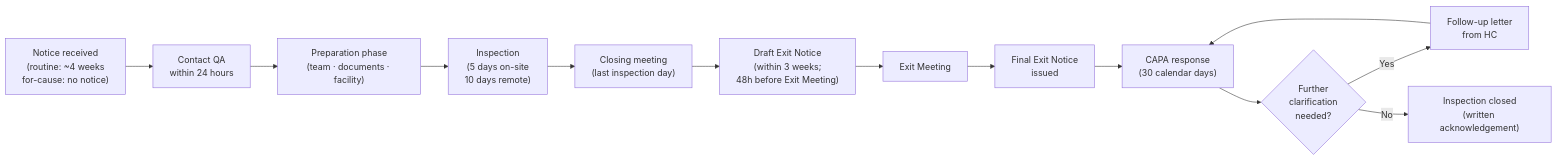
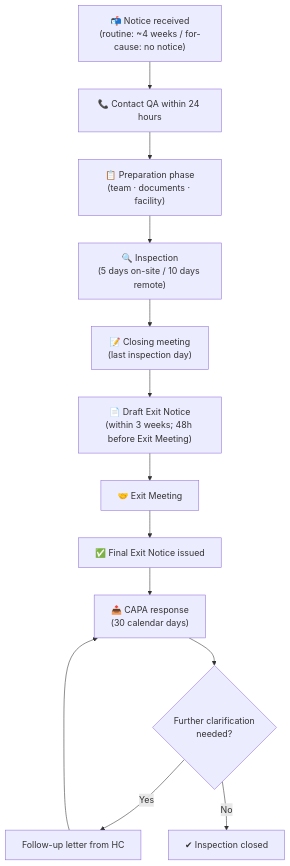
Before and after one commit to matthewfiorentino/docs: the diagram in kb/conduct/hc-inspection-guide.mdx, drawn with Mermaid. The commit also changed 1 other file, not shown here.

Commit message:
Fix Mermaid diagram (LR→TD) and tighten TOC spacing
- Mermaid switched to flowchart TD so it fits page width at any size
- TOC li margins zeroed out; spacing now controlled via line-height
  and small padding on a elements to avoid adding space vs removing it

````diff
--- a/kb/conduct/hc-inspection-guide.mdx
+++ b/kb/conduct/hc-inspection-guide.mdx
@@ -10,15 +10,16 @@
 ```mermaid
-flowchart LR
-    A["Notice received\n(routine: ~4 weeks\nfor-cause: no notice)"] --> B["Contact QA\nwithin 24 hours"]
-    B --> C["Preparation phase\n(team · documents · facility)"]
-    C --> D["Inspection\n(5 days on-site\n10 days remote)"]
-    D --> E["Closing meeting\n(last inspection day)"]
-    E --> F["Draft Exit Notice\n(within 3 weeks;\n48h before Exit Meeting)"]
-    F --> G["Exit Meeting"]
-    G --> H["Final Exit Notice\nissued"]
-    H --> I["CAPA response\n(30 calendar days)"]
-    I --> J{"Further\nclarification\nneeded?"}
-    J -- Yes --> K["Follow-up letter\nfrom HC"]
+flowchart TD
+    A["📬 Notice received\n(routine: ~4 weeks / for-cause: no notice)"]
+    --> B["📞 Contact QA within 24 hours"]
+    --> C["📋 Preparation phase\n(team · documents · facility)"]
+    --> D["🔍 Inspection\n(5 days on-site / 10 days remote)"]
+    --> E["📝 Closing meeting\n(last inspection day)"]
+    --> F["📄 Draft Exit Notice\n(within 3 weeks; 48h before Exit Meeting)"]
+    --> G["🤝 Exit Meeting"]
+    --> H["✅ Final Exit Notice issued"]
+    --> I["📤 CAPA response\n(30 calendar days)"]
+    --> J{"Further clarification\nneeded?"}
+    J -- Yes --> K["Follow-up letter from HC"]
     K --> I
-    J -- No --> L["Inspection closed\n(written acknowledgement)"]
+    J -- No --> L["✔ Inspection closed"]
 ```
````
